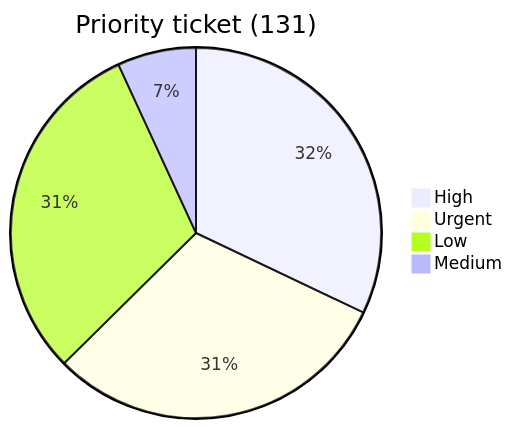
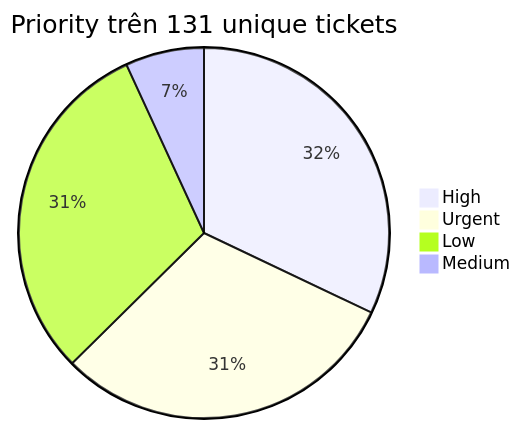
Before and after one commit to Anhmy27/Tickets-manager-CLI-Mindx-homework-: the third of 3 diagrams in week-5/odoo-automation/week-5/sample-report-ticket-analysis.md, drawn with Mermaid. The commit also changed other lines of this file, not shown here.

Commit message:
docs(week5): rewrite sample ticket report

````diff
--- a/week-5/odoo-automation/week-5/sample-report-ticket-analysis.md
+++ b/week-5/odoo-automation/week-5/sample-report-ticket-analysis.md
@@ -245,7 +212,7 @@
 ```mermaid
-pie title Priority ticket (131)
+pie title Priority trên 131 unique tickets
   "High" : 42
   "Urgent" : 40
   "Low" : 40
   "Medium" : 9
 ```
````
